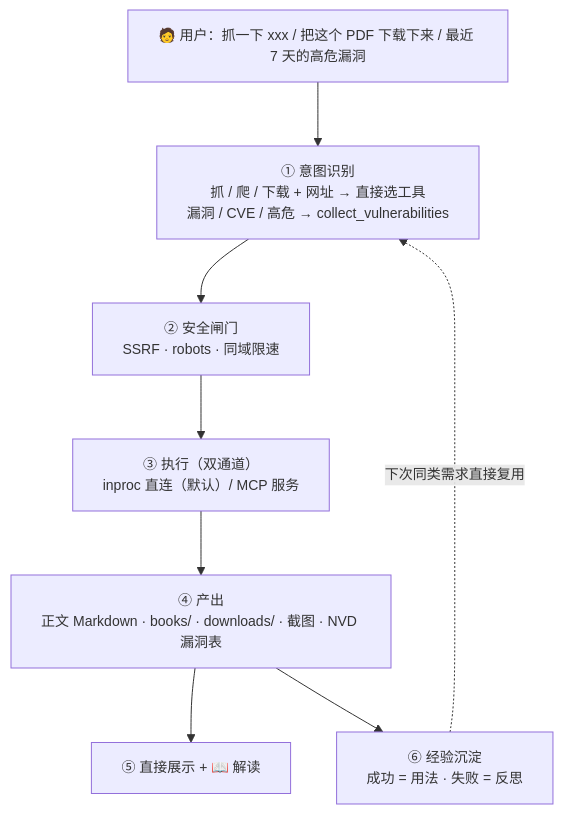
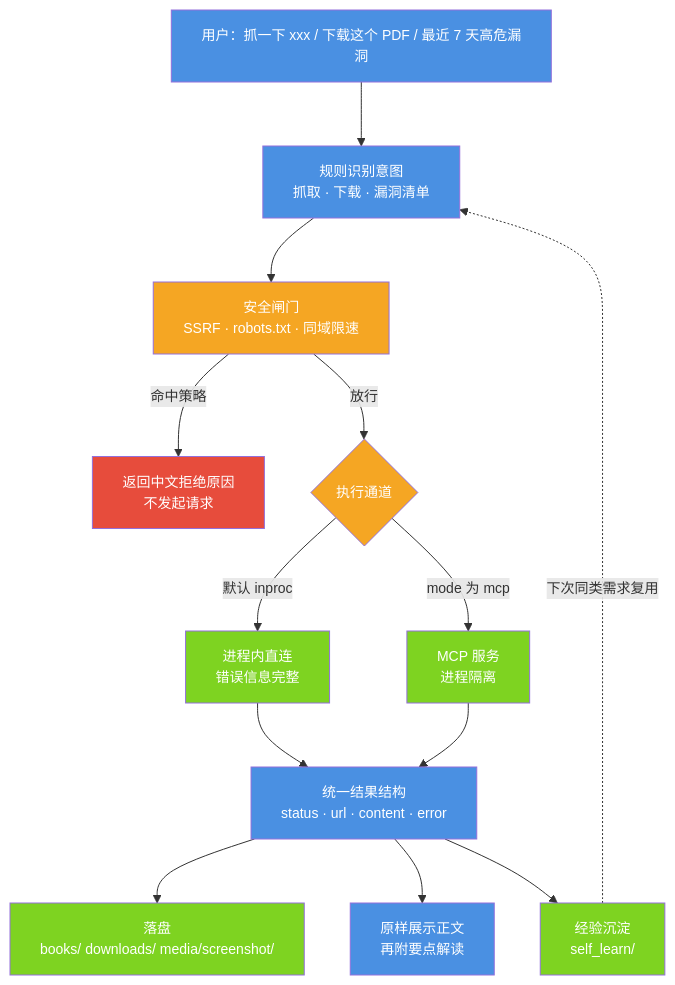
One commit to jiangchuangege/xiaojiao-harnees changed the first of 5 diagrams in docs/scrapling.md. Above: the diagram before and after it, drawn with Mermaid. The commit also changed other lines of this file and 51 other files, not shown here.

````diff
--- a/docs/scrapling.md
+++ b/docs/scrapling.md
@@ -171,11 +259,27 @@
 ```mermaid
 %%{init: {"themeVariables": {"fontSize": "14px"}, "flowchart": {"htmlLabels": true, "wrappingWidth": 320, "nodeSpacing": 46, "rankSpacing": 64, "useMaxWidth": true}}}%%
 flowchart TB
-    Q["🧑 用户：抓一下 xxx / 把这个 PDF 下载下来 / 最近 7 天的高危漏洞"] --> DI["① 意图识别<br/>抓 / 爬 / 下载 + 网址 → 直接选工具<br/>漏洞 / CVE / 高危 → collect_vulnerabilities"]
-    DI --> SEC["② 安全闸门<br/>SSRF · robots · 同域限速"]
-    SEC --> AR["③ 执行（双通道）<br/>inproc 直连（默认）/ MCP 服务"]
-    AR --> OUT["④ 产出<br/>正文 Markdown · books/ · downloads/ · 截图 · NVD 漏洞表"]
-    OUT --> EX["⑤ 直接展示 + 📖 解读"]
-    OUT --> LE["⑥ 经验沉淀<br/>成功 = 用法 · 失败 = 反思"]
-    LE -. "下次同类需求直接复用" .-> DI
+    U["用户：抓一下 xxx / 下载这个 PDF / 最近 7 天高危漏洞"] --> INT["规则识别意图<br/>抓取 · 下载 · 漏洞清单"]
+    INT --> GATE["安全闸门<br/>SSRF · robots.txt · 同域限速"]
+    GATE -->|"命中策略"| BLOCK["返回中文拒绝原因<br/>不发起请求"]
+    GATE -->|"放行"| CH{"执行通道"}
+    CH -->|"默认 inproc"| IN["进程内直连<br/>错误信息完整"]
+    CH -->|"mode 为 mcp"| MC["MCP 服务<br/>进程隔离"]
+    IN --> OUT["统一结果结构<br/>status · url · content · error"]
+    MC --> OUT
+    OUT --> FILE["落盘<br/>books/ downloads/ media/screenshot/"]
+    OUT --> SHOW["原样展示正文<br/>再附要点解读"]
+    OUT --> LEARN["经验沉淀<br/>self_learn/"]
+    LEARN -.->|"下次同类需求复用"| INT
+    style U fill:#4A90E2,color:#fff
+    style INT fill:#4A90E2,color:#fff
+    style GATE fill:#F5A623,color:#fff
+    style BLOCK fill:#E74C3C,color:#fff
+    style CH fill:#F5A623,color:#fff
+    style IN fill:#7ED321,color:#fff
+    style MC fill:#7ED321,color:#fff
+    style OUT fill:#4A90E2,color:#fff
+    style FILE fill:#7ED321,color:#fff
+    style SHOW fill:#4A90E2,color:#fff
+    style LEARN fill:#7ED321,color:#fff
 ```
````
